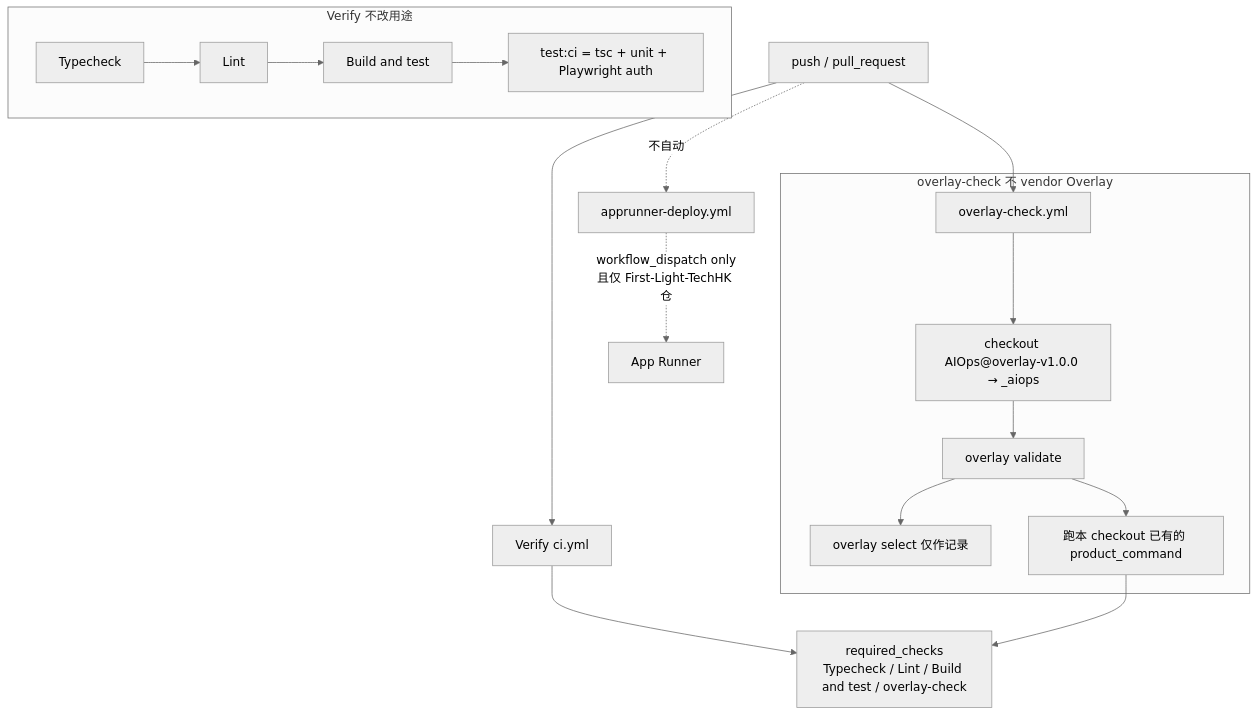
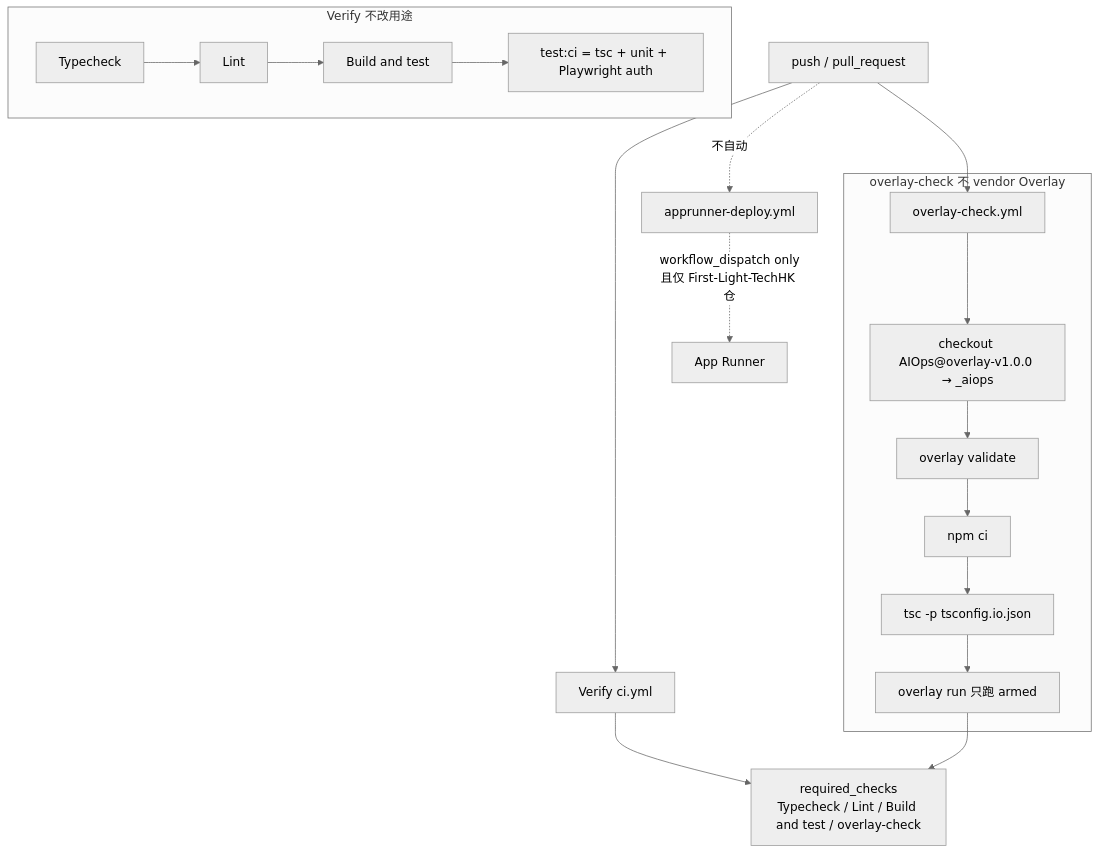
The second of 3 diagrams in docs/phase1/overlay-forge-brief.md (LibertychaserUS/LearningGuidePortal), drawn with Mermaid (neutral theme) before and after one commit. The commit also changed other lines of this file and 47 other files, not shown here.

First line of the commit message:
fix: leftover Overlay product I/O (supersedes #5) (#8)

````diff
--- a/docs/phase1/overlay-forge-brief.md
+++ b/docs/phase1/overlay-forge-brief.md
@@ -114,24 +113,25 @@
 ```mermaid
 flowchart TD
     push["push / pull_request"] --> verify["Verify  ci.yml"]
     push --> overlayJob["overlay-check.yml"]
 
     subgraph verifyJobs["Verify 不改用途"]
         tc["Typecheck"] --> lint["Lint"]
         lint --> build["Build and test"]
         build --> testci["test:ci = tsc + unit + Playwright auth"]
     end
 
     subgraph overlayJobs["overlay-check 不 vendor Overlay"]
         overlayJob --> checkoutTool["checkout AIOps@overlay-v1.0.0 → _aiops"]
         checkoutTool --> v["overlay validate"]
-        v --> s["overlay select 仅作记录"]
-        v --> runExisting["跑本 checkout 已有的 product_command"]
+        v --> npmci["npm ci"]
+        npmci --> ioTsc["tsc -p tsconfig.io.json"]
+        ioTsc --> runArmed["overlay run 只跑 armed"]
     end
 
     verify --> gate["required_checks\nTypecheck / Lint / Build and test / overlay-check"]
-    runExisting --> gate
+    runArmed --> gate
 
     deploy["apprunner-deploy.yml"] -.->|"workflow_dispatch only\n且仅 First-Light-TechHK 仓"| prod["App Runner"]
     push -.->|"不自动"| deploy
 ```
````
